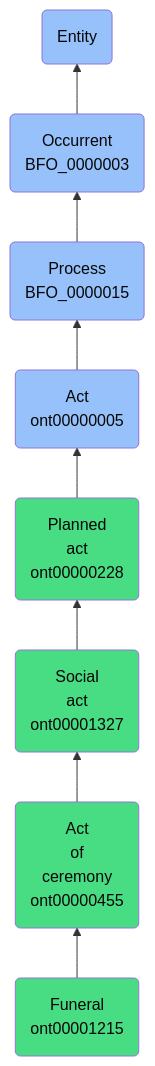
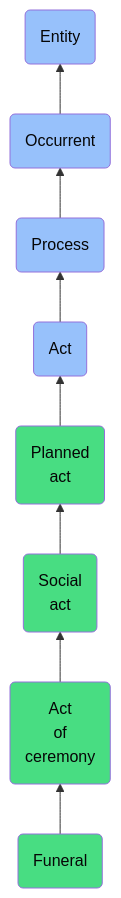
One commit to jupyter-naas/abi changed the diagram in docs/ontology/reference/model/Entity/Occurrent/Process/Act/Planned act/Social act/Act of ceremony/Funeral/Funeral.md. Above: the diagram before and after it, drawn with Mermaid. The commit also changed other lines of this file and 1430 other files, not shown here.

````diff
--- a/docs/ontology/reference/model/Entity/Occurrent/Process/Act/Planned act/Social act/Act of ceremony/Funeral/Funeral.md
+++ b/docs/ontology/reference/model/Entity/Occurrent/Process/Act/Planned act/Social act/Act of ceremony/Funeral/Funeral.md
@@ -24,15 +24,15 @@
 ```mermaid
 graph BT
-    ont00001215(Funeral<br>ont00001215):::ABI-->ont00000455
-    ont00000455(Act<br>of<br>ceremony<br>ont00000455):::ABI-->ont00001327
-    ont00001327(Social<br>act<br>ont00001327):::ABI-->ont00000228
-    ont00000228(Planned<br>act<br>ont00000228):::ABI-->ont00000005
-    ont00000005(Act<br>ont00000005):::BFO-->BFO_0000015
-    BFO_0000015(Process<br>BFO_0000015):::BFO-->BFO_0000003
-    BFO_0000003(Occurrent<br>BFO_0000003):::BFO-->BFO_0000001
+    ont00001215(Funeral):::ABI-->ont00000455
+    ont00000455(Act<br>of<br>ceremony):::ABI-->ont00001327
+    ont00001327(Social<br>act):::ABI-->ont00000228
+    ont00000228(Planned<br>act):::ABI-->ont00000005
+    ont00000005(Act):::BFO-->BFO_0000015
+    BFO_0000015(Process):::BFO-->BFO_0000003
+    BFO_0000003(Occurrent):::BFO-->BFO_0000001
     BFO_0000001(Entity):::BFO
     
     classDef BFO fill:#97c1fb,color:#060606
     classDef CCO fill:#e4c51e,color:#060606
     classDef ABI fill:#48DD82,color:#060606
 ```
````
